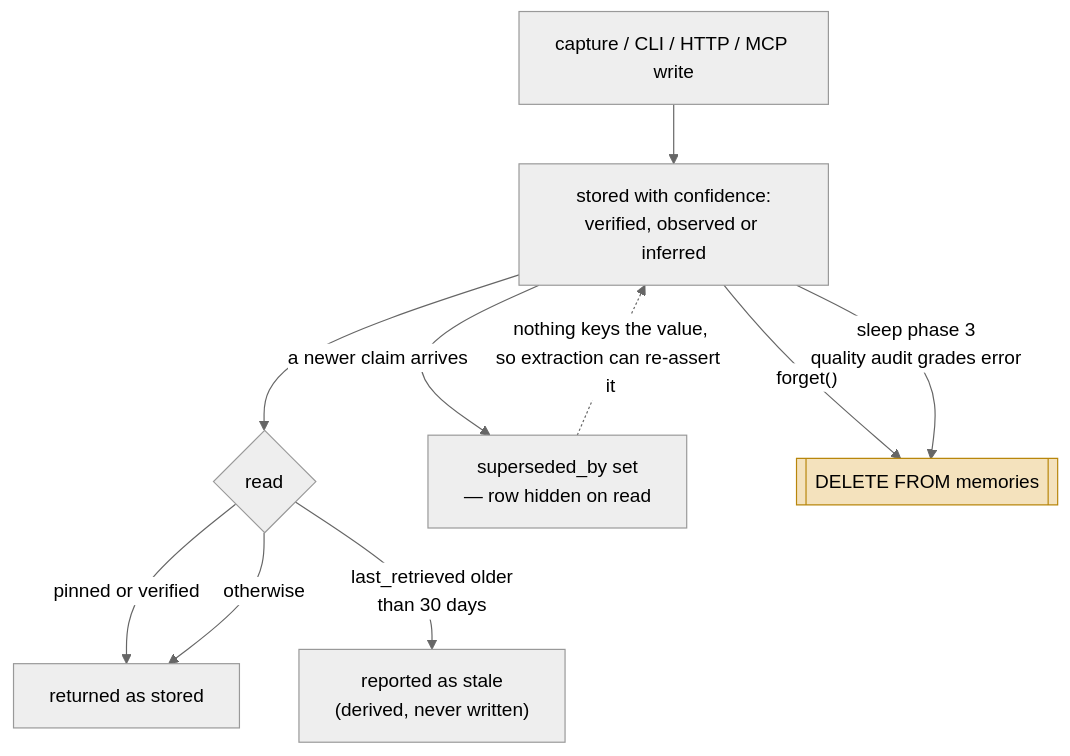
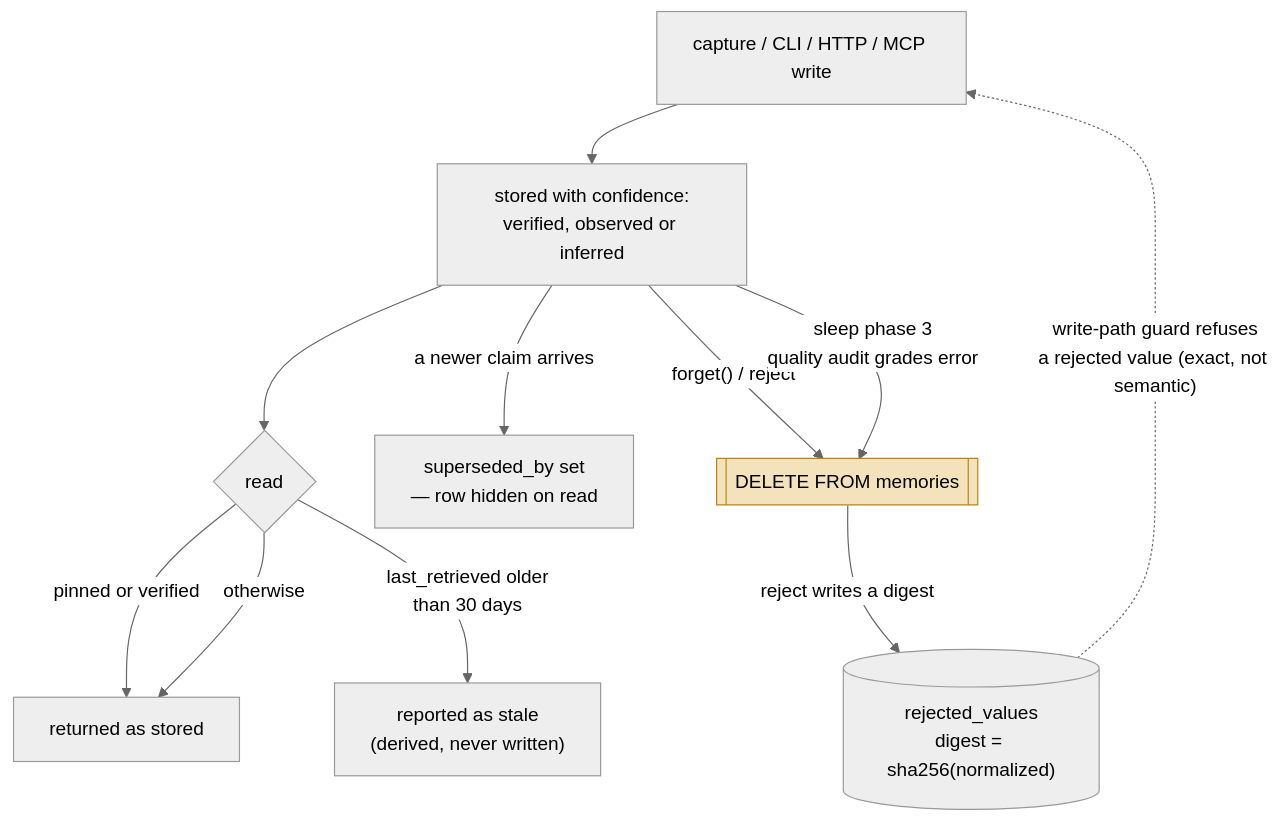
One commit to neoneye/agent-memory-atlas changed the diagram in content/systems/hippo-memory.md. Above: the diagram before and after it, drawn with Mermaid (neutral theme). The commit also changed other lines of this file and 21 other files, not shown here.

````diff
--- a/content/systems/hippo-memory.md
+++ b/content/systems/hippo-memory.md
@@ -102,14 +113,15 @@
 ```mermaid
 flowchart TD
     C["capture / CLI / HTTP / MCP write"] --> S["stored with confidence:<br/>verified, observed or inferred"]
     S --> R{"read"}
     R -->|"pinned or verified"| K["returned as stored"]
     R -->|"last_retrieved older<br/>than 30 days"| ST["reported as stale<br/>(derived, never written)"]
     R -->|"otherwise"| K
     S -->|"a newer claim arrives"| SU["superseded_by set<br/>— row hidden on read"]
-    SU -.->|"nothing keys the value,<br/>so extraction can re-assert it"| S
-    S -->|"forget()"| D[["DELETE FROM memories"]]
+    S -->|"forget() / reject"| D[["DELETE FROM memories"]]
+    D -->|"reject writes a digest"| T[("rejected_values<br/>digest = sha256(normalized)")]
+    T -.->|"write-path guard refuses<br/>a rejected value (exact, not semantic)"| C
     S -->|"sleep phase 3<br/>quality audit grades error"| D
 
     style D fill:#f4e2bd,stroke:#b8860b
 ```
````
